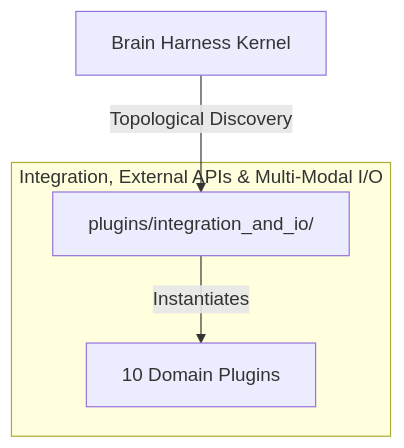
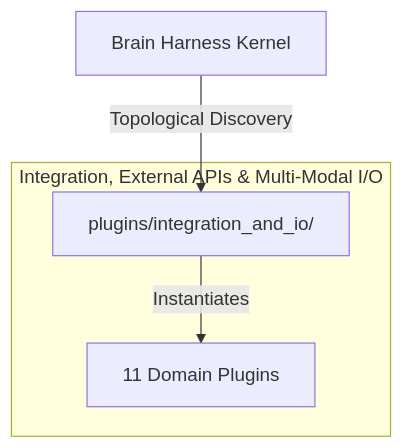
Before and after one commit to SpectreDeath/Brain-Harness: the diagram in plugins/integration_and_io/README.md, drawn with Mermaid. The commit also changed other lines of this file and 171 other files, not shown here.

First line of the commit message:
feat(architecture): deepen enterprise skills, plugins, IoC services, CLI commands, and canonical knowledge vault KIs

````diff
--- a/plugins/integration_and_io/README.md
+++ b/plugins/integration_and_io/README.md
@@ -11,9 +11,9 @@
 ```mermaid
 flowchart TD
     subgraph CategoryDomain ["Integration, External APIs & Multi-Modal I/O"]
         CategoryHub["plugins/integration_and_io/"]
-        PluginsList["10 Domain Plugins"]
+        PluginsList["11 Domain Plugins"]
     end
     KernelCore[Brain Harness Kernel] -->|Topological Discovery| CategoryHub
     CategoryHub -->|Instantiates| PluginsList
 ```
````
